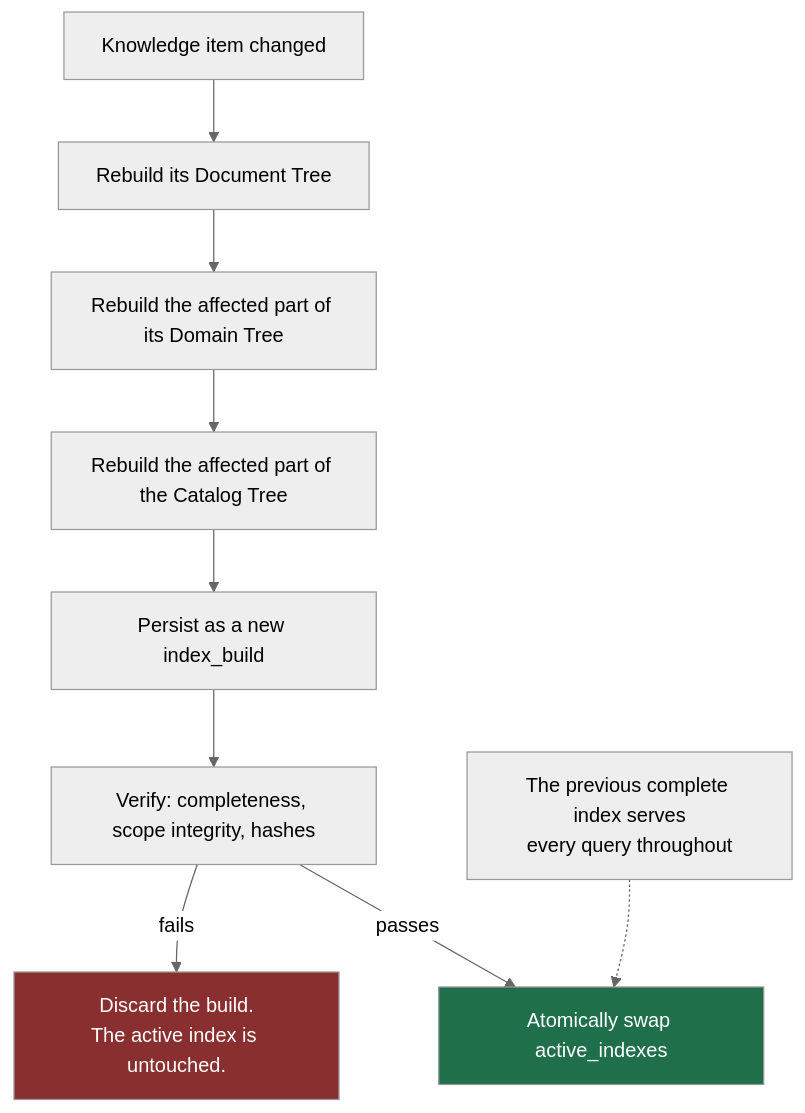
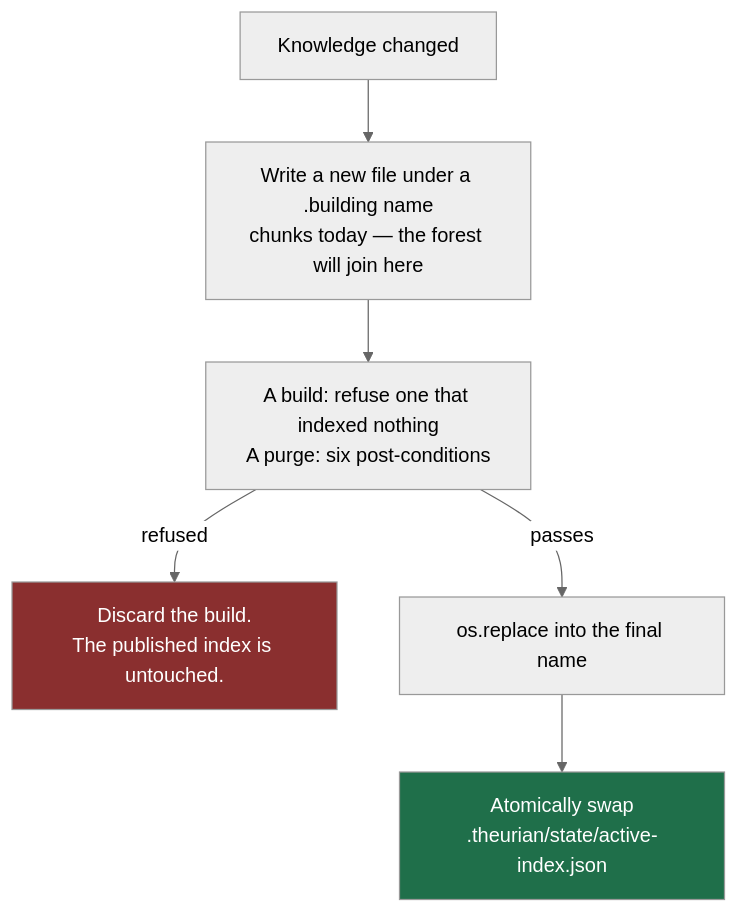
One commit to theurian/theurian changed the second of 3 diagrams in docs/architecture/raptor.md. Above: the diagram before and after it, drawn with Mermaid (neutral theme). The commit also changed other lines of this file and 1 other file, not shown here.

````diff
--- a/docs/architecture/raptor.md
+++ b/docs/architecture/raptor.md
@@ -80,15 +140,11 @@
 ```mermaid
 flowchart TD
-    A["Knowledge item changed"] --> B["Rebuild its Document Tree"]
-    B --> C["Rebuild the affected part of its Domain Tree"]
-    C --> D["Rebuild the affected part of the Catalog Tree"]
-    D --> E["Persist as a new index_build"]
-    E --> F["Verify: completeness, scope integrity, hashes"]
-    F -->|fails| G["Discard the build.<br/>The active index is untouched."]
-    F -->|passes| H["Atomically swap active_indexes"]
-
-    I["The previous complete index serves<br/>every query throughout"] -.-> H
+    A["Knowledge changed"] --> B["Write a new file under a .building name<br/>chunks today — the forest will join here"]
+    B --> F["A build: refuse one that indexed nothing<br/>A purge: six post-conditions"]
+    F -->|refused| G["Discard the build.<br/>The published index is untouched."]
+    F -->|passes| R["os.replace into the final name"]
+    R --> H["Atomically swap<br/>.theurian/state/active-index.json"]
 
     style H fill:#1f6f4a,color:#fff
     style G fill:#8a2f2f,color:#fff
 ```
````
